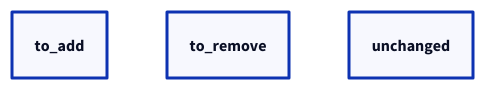
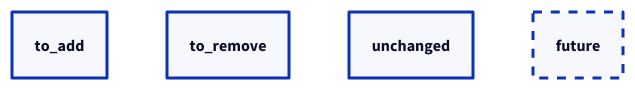
One commit to brantmerrell/diagrams changed the diagram in tech/classes/plan.d2. Above: the diagram before and after it, drawn with D2. The commit also changed 7 other files, not shown here.

```diff
--- a/tech/classes/plan.d2
+++ b/tech/classes/plan.d2
@@ -1,16 +1,22 @@
 **.style.text-transform: none
 to_add: {
   style: {
     stroke-width: 3
   }
 }
 to_remove: {
   style: {
     stroke-width: 3
   }
 }
 unchanged: {
   style: {
     stroke-width: 3
   }
 }
+future: {
+  style: {
+    stroke-width: 3
+    stroke-dash: 3
+  }
+}
```
